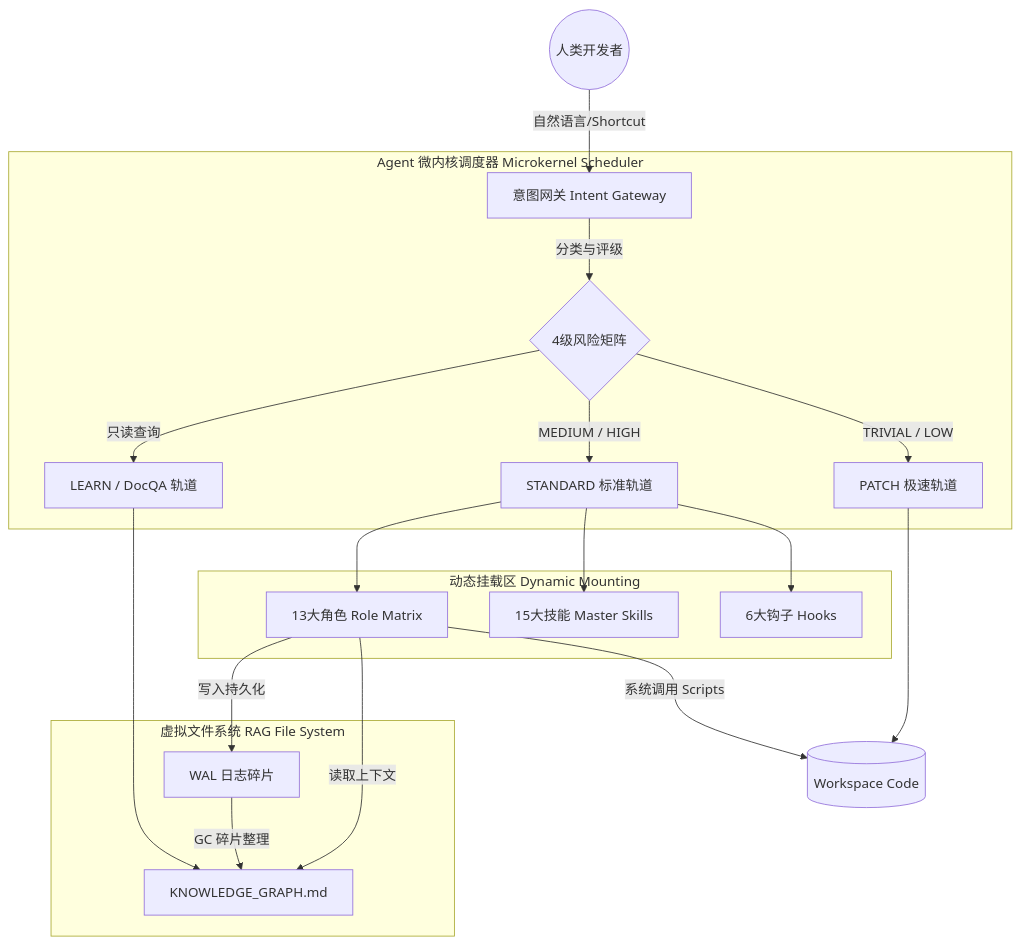
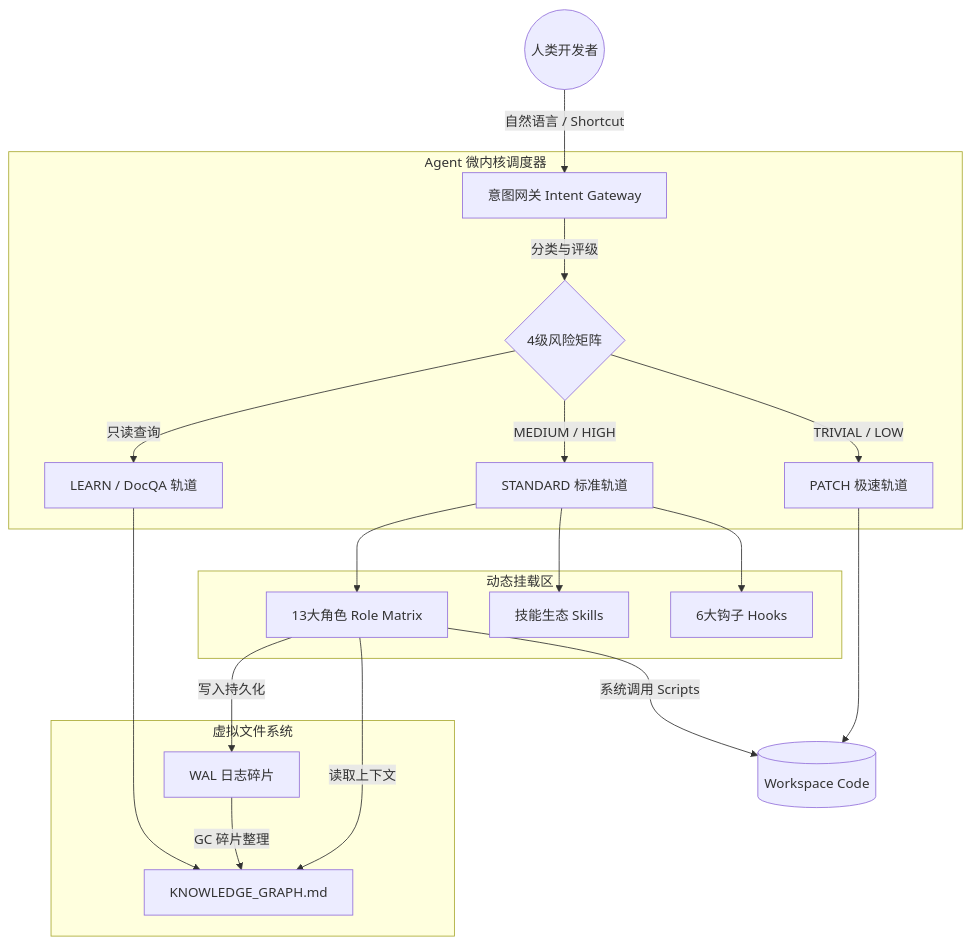
The first of 5 diagrams in ENGINEERING_MANUAL_zh.md (listener-He/java-harness-agent), drawn with Mermaid before and after one commit. The commit also changed other lines of this file and 3 other files, not shown here.

````diff
--- a/ENGINEERING_MANUAL_zh.md
+++ b/ENGINEERING_MANUAL_zh.md
@@ -46,27 +46,27 @@
 ```mermaid
 graph TD
-    User((人类开发者)) -->|自然语言/Shortcut| Gateway[意图网关 Intent Gateway]
-    
-    subgraph Agent 微内核调度器 Microkernel Scheduler
+    User((人类开发者)) -->|自然语言 / Shortcut| Gateway[意图网关 Intent Gateway]
+
+    subgraph Scheduler [Agent 微内核调度器]
         Gateway -->|分类与评级| Matrix{4级风险矩阵}
         Matrix -->|TRIVIAL / LOW| PatchTrack[PATCH 极速轨道]
         Matrix -->|MEDIUM / HIGH| StandardTrack[STANDARD 标准轨道]
         Matrix -->|只读查询| LearnTrack[LEARN / DocQA 轨道]
     end
-    
-    subgraph 动态挂载区 Dynamic Mounting
+
+    subgraph Mounting [动态挂载区]
         StandardTrack --> Roles[13大角色 Role Matrix]
-        StandardTrack --> Skills[15大技能 Master Skills]
+        StandardTrack --> Skills[技能生态 Skills]
         StandardTrack --> Hooks[6大钩子 Hooks]
     end
-    
-    subgraph 虚拟文件系统 RAG File System
+
+    subgraph RAG_FS [虚拟文件系统]
         Roles -->|读取上下文| KGraph[KNOWLEDGE_GRAPH.md]
         Roles -->|写入持久化| WAL[WAL 日志碎片]
         WAL -->|GC 碎片整理| KGraph
     end
-    
+
     PatchTrack --> CodeBase[(Workspace Code)]
     Roles -->|系统调用 Scripts| CodeBase
     LearnTrack --> KGraph
 ```
````
